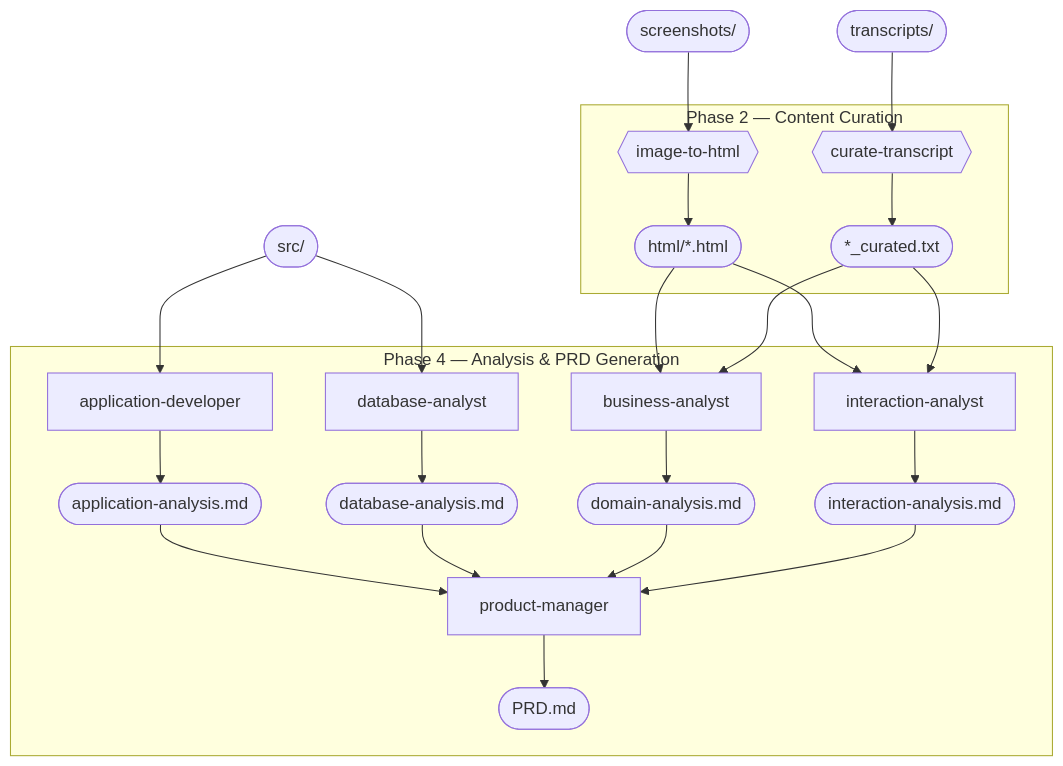
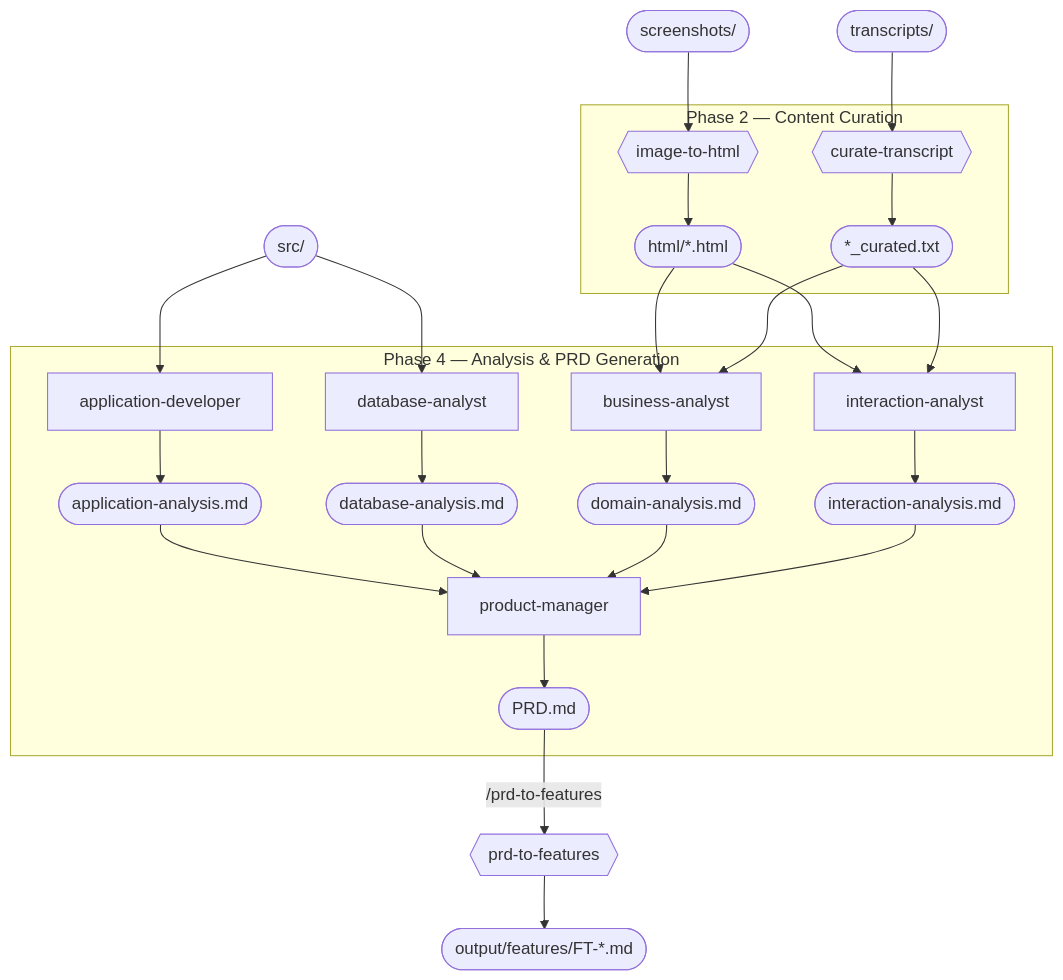
Before and after one commit to DEFRA/defra-ai-modernisation-playbook: the diagram in pages/process/README.md, drawn with Mermaid. The commit also changed other lines of this file and 9 other files, not shown here.

````diff
--- a/pages/process/README.md
+++ b/pages/process/README.md
@@ -10,38 +10,41 @@
 ```mermaid
 flowchart TB
     screenshots(["screenshots/"])
     transcripts(["transcripts/"])
     src(["src/"])
 
     subgraph curation ["Phase 2 — Content Curation"]
         i2h{{image-to-html}}
         ct{{curate-transcript}}
         html(["html/*.html"])
         curated(["*_curated.txt"])
 
         i2h --> html
         ct --> curated
     end
 
     screenshots --> i2h
     transcripts --> ct
 
     subgraph analysis ["Phase 4 — Analysis & PRD Generation"]
         appdev[application-developer]
         dbanalyst[database-analyst]
         ba[business-analyst]
         ia[interaction-analyst]
         PM[product-manager]
 
         appdev --> application(["application-analysis.md"])
         dbanalyst --> database(["database-analysis.md"])
         ba --> domain(["domain-analysis.md"])
         ia --> interaction(["interaction-analysis.md"])
 
         application & database & domain & interaction --> PM
         PM --> PRD(["PRD.md"])
     end
 
+    PRD -->|"/prd-to-features"| p2f{{prd-to-features}}
+    p2f --> features(["output/features/FT-*.md"])
+
     src --> appdev & dbanalyst
     html & curated --> ba & ia
 ```
````
